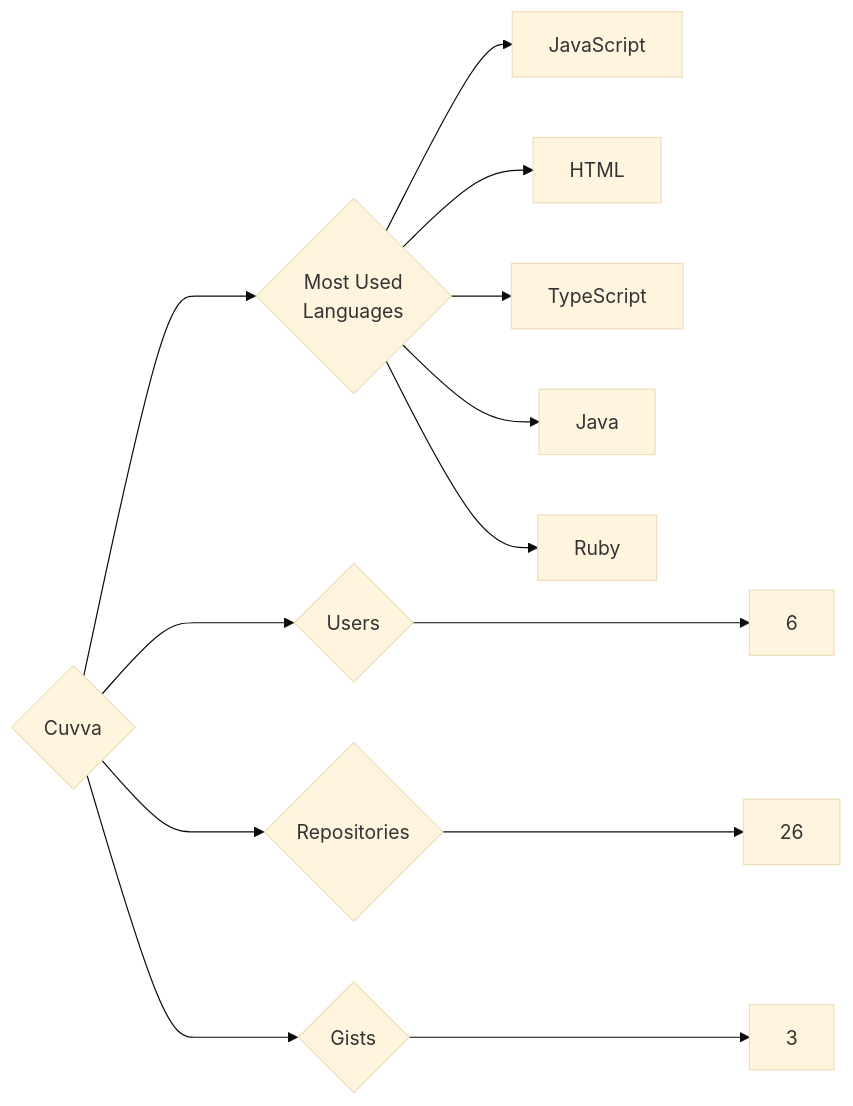
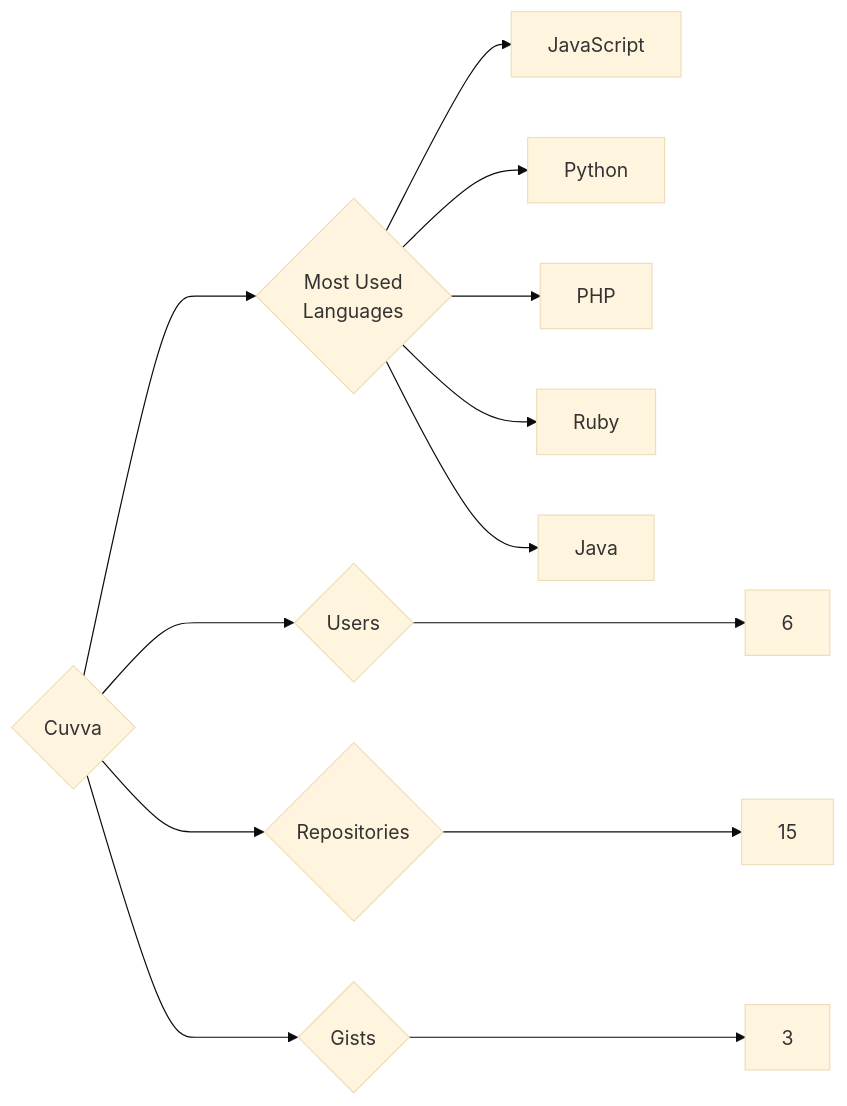
The diagram in targets/Cuvva/README.md (trickest/insiders), drawn with Mermaid (base theme) before and after one commit. The commit also changed 1166 other files, not shown here.

````diff
--- a/targets/Cuvva/README.md
+++ b/targets/Cuvva/README.md
@@ -3,13 +3,13 @@
 ```mermaid
 graph LR
 COMPANY_NAME{Cuvva}
 COMPANY_NAME ---> U{Users} ---> UN[6]
-COMPANY_NAME ---> R{Repositories} ---> RN[26]
+COMPANY_NAME ---> R{Repositories} ---> RN[15]
 COMPANY_NAME ---> G{Gists} ---> GN[3]
 COMPANY_NAME ---> ML{Most Used<br>Languages}
 ML --> JavaScript[JavaScript]
-ML --> HTML[HTML]
-ML --> TypeScript[TypeScript]
+ML --> Python[Python]
+ML --> PHP[PHP]
+ML --> Ruby[Ruby]
 ML --> Java[Java]
-ML --> Ruby[Ruby]
 ```
````
